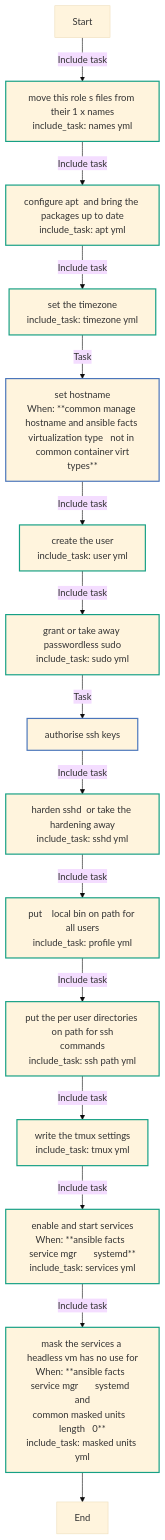
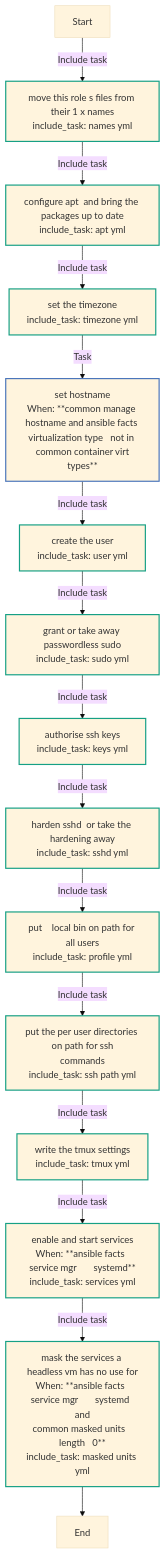
The first of 15 diagrams in docs/reference/roles/common.md (kawadeomkar/agent-warehouse), drawn with Mermaid (base theme) before and after one commit. The commit also changed other lines of this file and 27 other files, not shown here.

````diff
--- a/docs/reference/roles/common.md
+++ b/docs/reference/roles/common.md
@@ -90,27 +91,27 @@
 ```mermaid
 flowchart TD
 Start
 classDef block stroke:#3498db,stroke-width:2px;
 classDef task stroke:#4b76bb,stroke-width:2px;
 classDef includeTasks stroke:#16a085,stroke-width:2px;
 classDef importTasks stroke:#34495e,stroke-width:2px;
 classDef includeRole stroke:#2980b9,stroke-width:2px;
 classDef importRole stroke:#699ba7,stroke-width:2px;
 classDef includeVars stroke:#8e44ad,stroke-width:2px;
 classDef rescue stroke:#665352,stroke-width:2px;
 
   Start-->|Include task| Move_this_role_s_files_from_their_1_x_names_names_yml_0[move this role s files from their 1 x names<br>include_task: names yml]:::includeTasks
   Move_this_role_s_files_from_their_1_x_names_names_yml_0-->|Include task| Configure_apt__and_bring_the_packages_up_to_date_apt_yml_1[configure apt  and bring the packages up to date<br>include_task: apt yml]:::includeTasks
   Configure_apt__and_bring_the_packages_up_to_date_apt_yml_1-->|Include task| Set_the_timezone_timezone_yml_2[set the timezone<br>include_task: timezone yml]:::includeTasks
   Set_the_timezone_timezone_yml_2-->|Task| Set_hostname3[set hostname<br>When: **common manage hostname and ansible facts <br>virtualization type   not in common container virt<br>types**]:::task
   Set_hostname3-->|Include task| Create_the_user_user_yml_4[create the user<br>include_task: user yml]:::includeTasks
   Create_the_user_user_yml_4-->|Include task| Grant_or_take_away_passwordless_sudo_sudo_yml_5[grant or take away passwordless sudo<br>include_task: sudo yml]:::includeTasks
-  Grant_or_take_away_passwordless_sudo_sudo_yml_5-->|Task| Authorise_SSH_keys6[authorise ssh keys]:::task
-  Authorise_SSH_keys6-->|Include task| Harden_sshd__or_take_the_hardening_away_sshd_yml_7[harden sshd  or take the hardening away<br>include_task: sshd yml]:::includeTasks
+  Grant_or_take_away_passwordless_sudo_sudo_yml_5-->|Include task| Authorise_SSH_keys_keys_yml_6[authorise ssh keys<br>include_task: keys yml]:::includeTasks
+  Authorise_SSH_keys_keys_yml_6-->|Include task| Harden_sshd__or_take_the_hardening_away_sshd_yml_7[harden sshd  or take the hardening away<br>include_task: sshd yml]:::includeTasks
   Harden_sshd__or_take_the_hardening_away_sshd_yml_7-->|Include task| Put____local_bin_on_PATH_for_all_users_profile_yml_8[put    local bin on path for all users<br>include_task: profile yml]:::includeTasks
   Put____local_bin_on_PATH_for_all_users_profile_yml_8-->|Include task| Put_the_per_user_directories_on_PATH_for_ssh_commands_ssh_path_yml_9[put the per user directories on path for ssh<br>commands<br>include_task: ssh path yml]:::includeTasks
   Put_the_per_user_directories_on_PATH_for_ssh_commands_ssh_path_yml_9-->|Include task| Write_the_tmux_settings_tmux_yml_10[write the tmux settings<br>include_task: tmux yml]:::includeTasks
   Write_the_tmux_settings_tmux_yml_10-->|Include task| Enable_and_start_services_services_yml_11[enable and start services<br>When: **ansible facts  service mgr       systemd**<br>include_task: services yml]:::includeTasks
   Enable_and_start_services_services_yml_11-->|Include task| Mask_the_services_a_headless_VM_has_no_use_for_masked_units_yml_12[mask the services a headless vm has no use for<br>When: **ansible facts  service mgr       systemd  and<br>common masked units   length   0**<br>include_task: masked units yml]:::includeTasks
   Mask_the_services_a_headless_VM_has_no_use_for_masked_units_yml_12-->End
 ```
````
